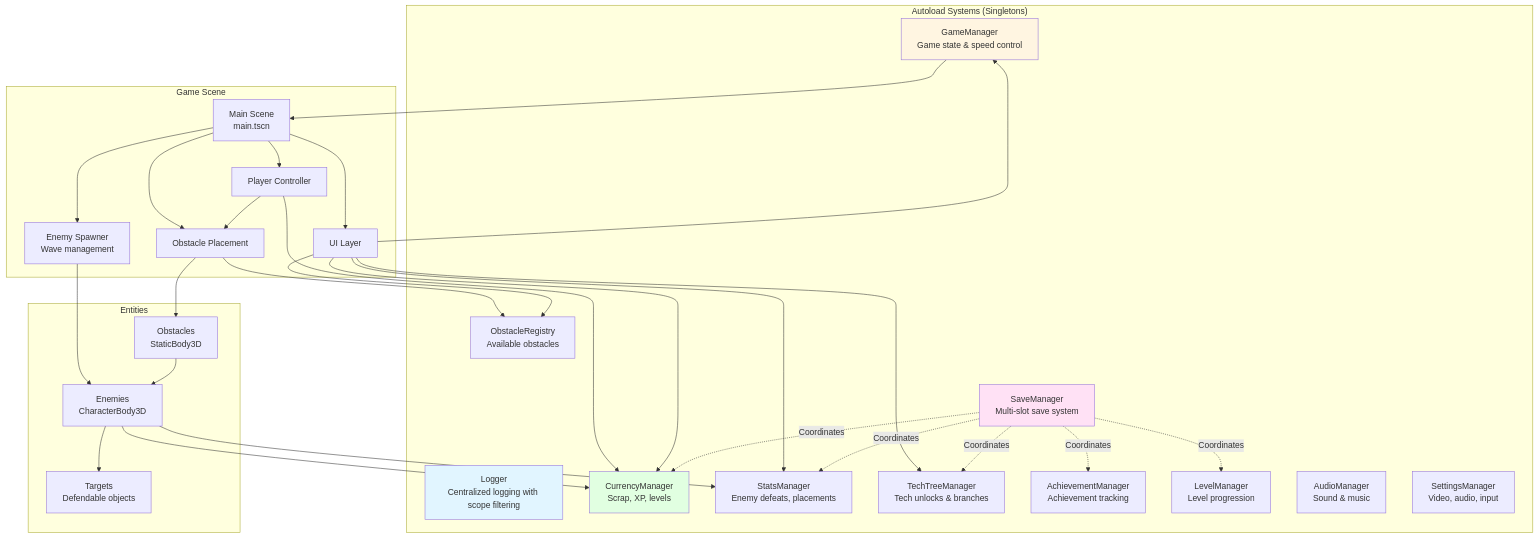
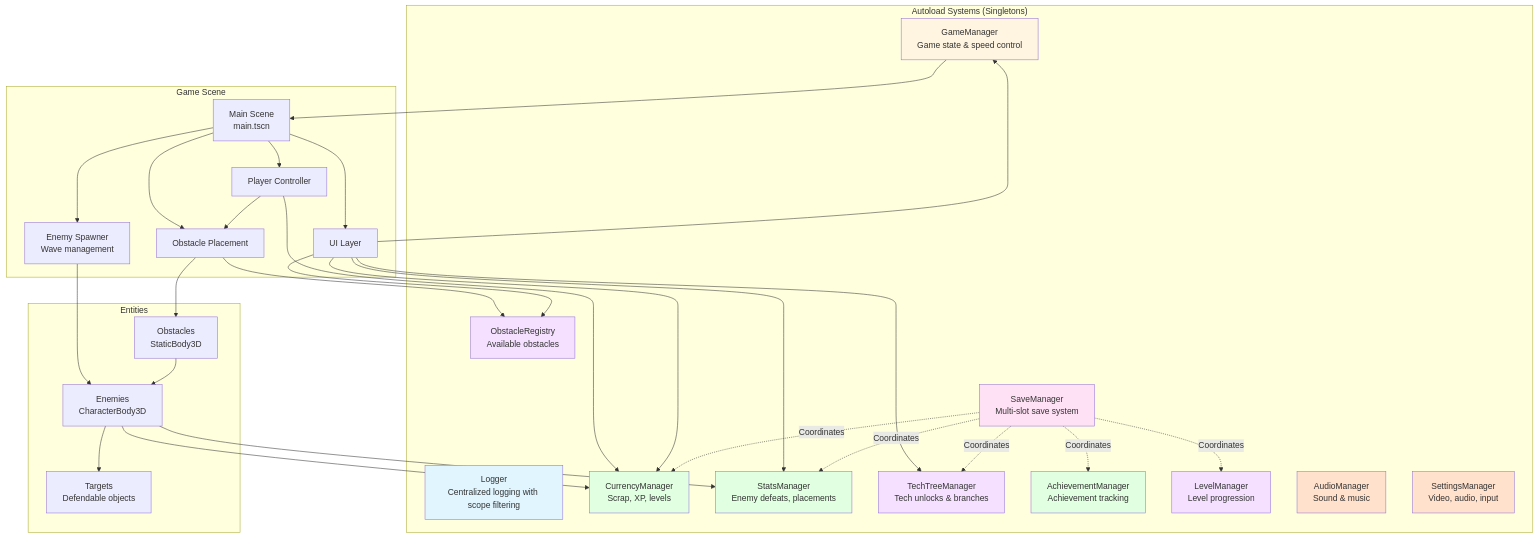
The first of 8 diagrams in docs/ARCHITECTURE.md (saebyn/godot-tower-defense), drawn with Mermaid before and after one commit. The commit also changed other lines of this file, not shown here.

Commit message:
Add color legend to System Architecture diagram
- Added inline mermaid comments explaining color meanings
- Applied consistent color scheme to all 11 autoload systems
- Added visual color legend with emoji indicators below diagram
- Grouped systems by function: Infrastructure, Persistence, Economy/Progression, Game State, Content Management, Audio/Settings

````diff
--- a/docs/ARCHITECTURE.md
+++ b/docs/ARCHITECTURE.md
@@ -20,67 +20,82 @@
 ```mermaid
 graph TB
     subgraph "Autoload Systems (Singletons)"
         Logger[Logger<br/>Centralized logging with scope filtering]
         SaveManager[SaveManager<br/>Multi-slot save system]
         CurrencyManager[CurrencyManager<br/>Scrap, XP, levels]
         GameManager[GameManager<br/>Game state & speed control]
         StatsManager[StatsManager<br/>Enemy defeats, placements]
         ObstacleRegistry[ObstacleRegistry<br/>Available obstacles]
         TechTreeManager[TechTreeManager<br/>Tech unlocks & branches]
         AchievementManager[AchievementManager<br/>Achievement tracking]
         LevelManager[LevelManager<br/>Level progression]
         AudioManager[AudioManager<br/>Sound & music]
         SettingsManager[SettingsManager<br/>Video, audio, input]
     end
     
     subgraph "Game Scene"
         Main[Main Scene<br/>main.tscn]
         Player[Player Controller]
         EnemySpawner[Enemy Spawner<br/>Wave management]
         ObstaclePlacement[Obstacle Placement]
         UI[UI Layer]
     end
     
     subgraph "Entities"
         Enemies[Enemies<br/>CharacterBody3D]
         Obstacles[Obstacles<br/>StaticBody3D]
         Targets[Targets<br/>Defendable objects]
     end
     
     Main --> Player
     Main --> EnemySpawner
     Main --> ObstaclePlacement
     Main --> UI
     
     Player --> CurrencyManager
     Player --> ObstaclePlacement
     
     EnemySpawner --> Enemies
     ObstaclePlacement --> Obstacles
     ObstaclePlacement --> ObstacleRegistry
     
     Enemies --> CurrencyManager
     Enemies --> StatsManager
     Enemies --> Targets
     
     Obstacles --> Enemies
     
     UI --> CurrencyManager
     UI --> StatsManager
     UI --> GameManager
     UI --> TechTreeManager
     UI --> ObstacleRegistry
     
     SaveManager -.Coordinates.-> CurrencyManager
     SaveManager -.Coordinates.-> StatsManager
     SaveManager -.Coordinates.-> TechTreeManager
     SaveManager -.Coordinates.-> AchievementManager
     SaveManager -.Coordinates.-> LevelManager
     
     GameManager --> Main
     
+    %% Color Legend:
+    %% Blue (#e1f5ff) - Debugging/Infrastructure
+    %% Pink (#ffe1f5) - Persistence/Save System
+    %% Green (#e1ffe1) - Economy/Progression
+    %% Yellow (#fff5e1) - Game State Management
+    %% Purple (#f5e1ff) - Content Management
+    %% Orange (#ffe1cc) - Audio/Settings
+    
     style Logger fill:#e1f5ff
     style SaveManager fill:#ffe1f5
     style CurrencyManager fill:#e1ffe1
+    style StatsManager fill:#e1ffe1
     style GameManager fill:#fff5e1
+    style ObstacleRegistry fill:#f5e1ff
+    style TechTreeManager fill:#f5e1ff
+    style AchievementManager fill:#e1ffe1
+    style LevelManager fill:#f5e1ff
+    style AudioManager fill:#ffe1cc
+    style SettingsManager fill:#ffe1cc
 ```
````
